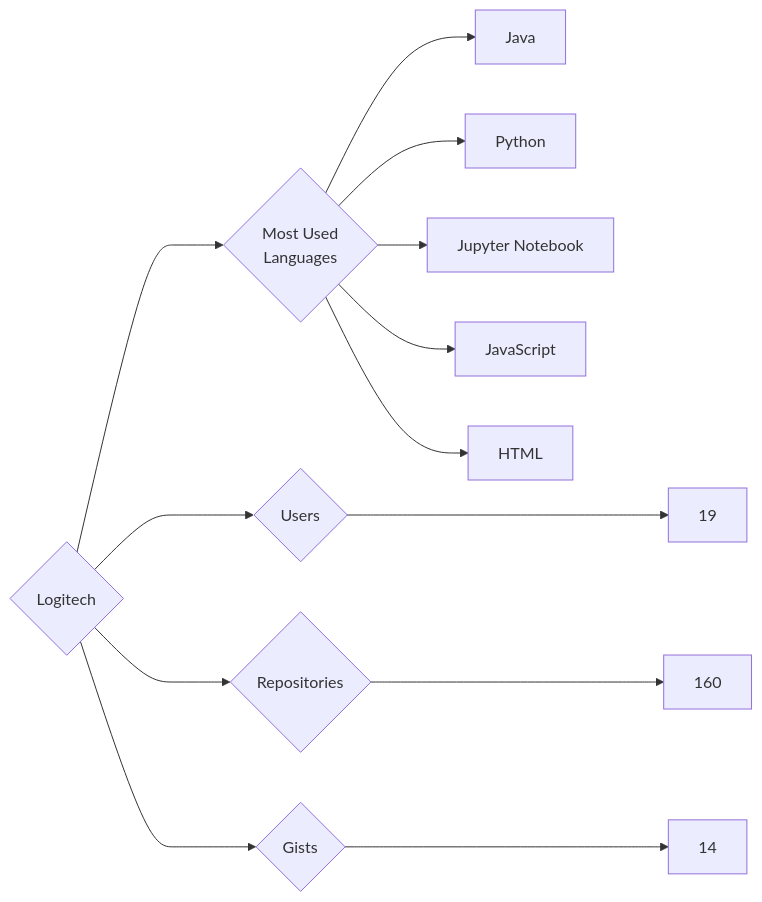
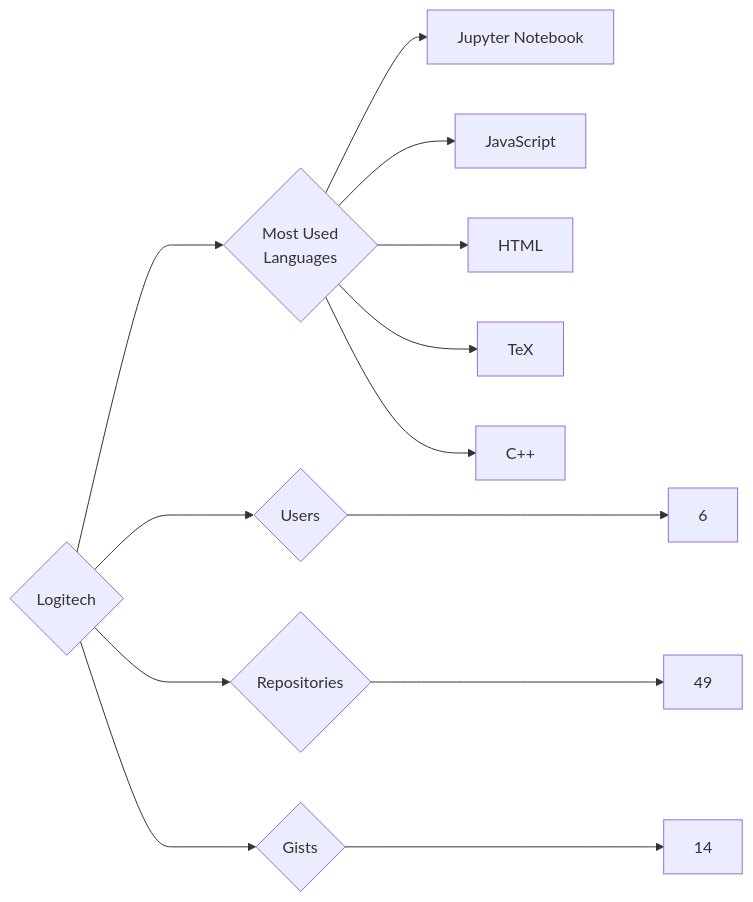
Before and after one commit to trickest/insiders: the diagram in targets/Logitech/README.md, drawn with Mermaid. The commit also changed 814 other files, not shown here.

````diff
--- a/targets/Logitech/README.md
+++ b/targets/Logitech/README.md
@@ -3,13 +3,13 @@
 ```mermaid
 graph LR
 COMPANY_NAME{Logitech}
-COMPANY_NAME ---> U{Users} ---> UN[19]
-COMPANY_NAME ---> R{Repositories} ---> RN[160]
+COMPANY_NAME ---> U{Users} ---> UN[6]
+COMPANY_NAME ---> R{Repositories} ---> RN[49]
 COMPANY_NAME ---> G{Gists} ---> GN[14]
 COMPANY_NAME ---> ML{Most Used<br>Languages}
-ML --> Java[Java]
-ML --> Python[Python]
 ML --> Jupyter_Notebook[Jupyter Notebook]
 ML --> JavaScript[JavaScript]
 ML --> HTML[HTML]
+ML --> TeX[TeX]
+ML --> C++[C++]
 ```
````
